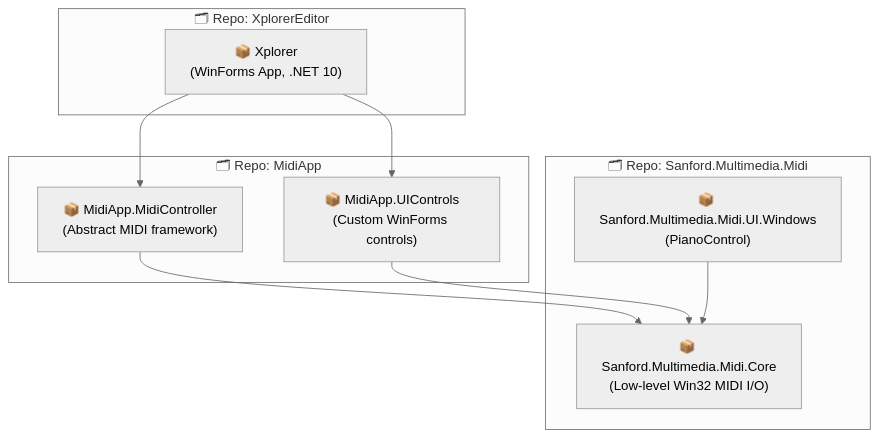
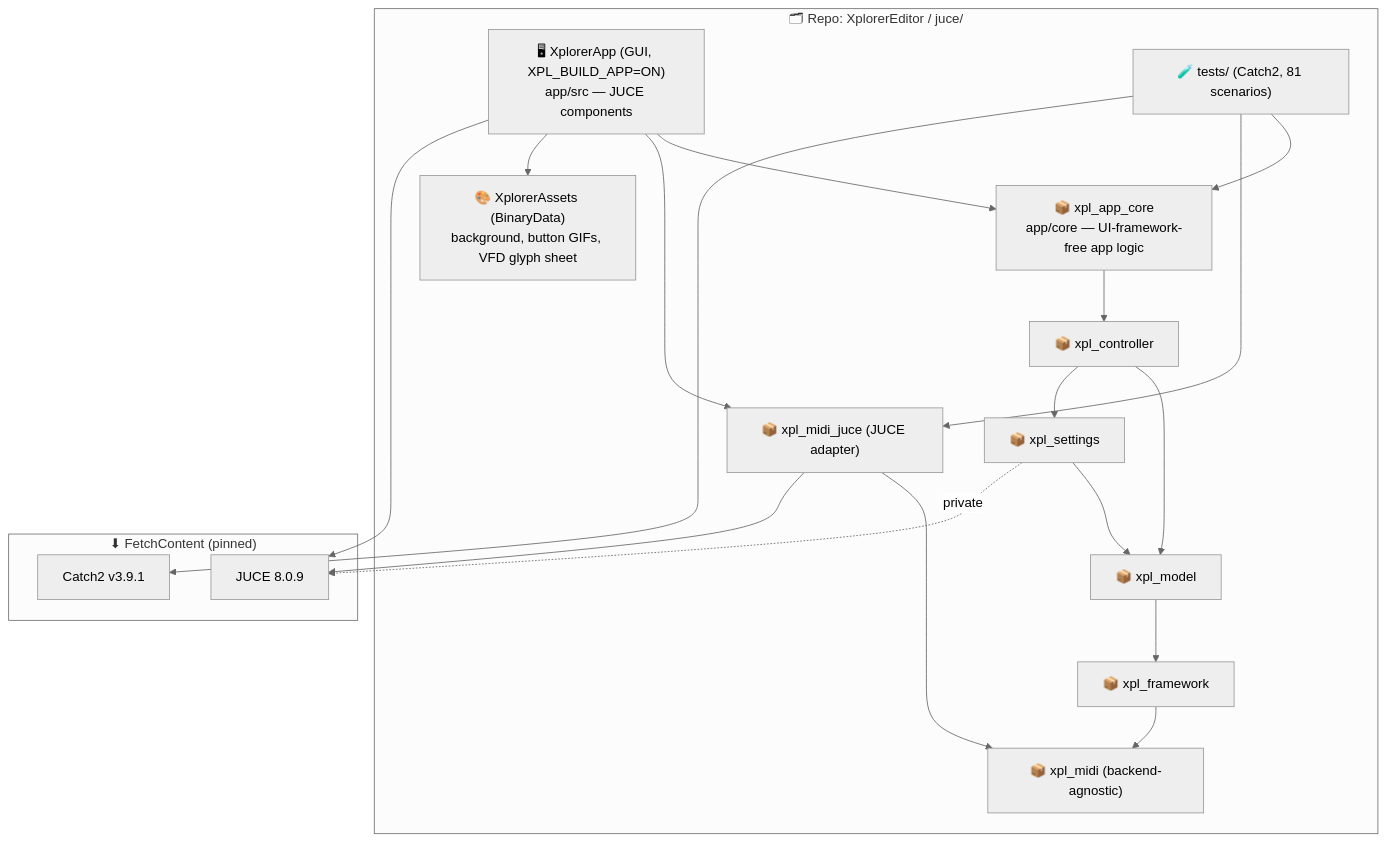
Before and after one commit to xplorer2716/XplorerEditor: the first of 12 diagrams in docs/architecture-analysis.md, drawn with Mermaid (neutral theme). The commit also changed other lines of this file and 203 other files, not shown here.

````diff
--- a/docs/architecture-analysis.md
+++ b/docs/architecture-analysis.md
@@ -14,22 +61,37 @@
 ```mermaid
 graph TD
-    subgraph repo-xplorer ["🗂 Repo: XplorerEditor"]
-        Xplorer["📦 Xplorer\n(WinForms App, .NET 10)"]
+    subgraph repo ["🗂 Repo: XplorerEditor / juce/"]
+        App["🖥 XplorerApp (GUI, XPL_BUILD_APP=ON)\napp/src — JUCE components"]
+        AppCore["📦 xpl_app_core\napp/core — UI-framework-free app logic"]
+        Controller["📦 xpl_controller"]
+        Settings["📦 xpl_settings"]
+        Model["📦 xpl_model"]
+        Framework["📦 xpl_framework"]
+        MidiJuce["📦 xpl_midi_juce (JUCE adapter)"]
+        Midi["📦 xpl_midi (backend-agnostic)"]
+        Assets["🎨 XplorerAssets (BinaryData)\nbackground, button GIFs, VFD glyph sheet"]
+        Tests["🧪 tests/ (Catch2, 81 scenarios)"]
     end
 
-    subgraph repo-midiapp ["🗂 Repo: MidiApp"]
-        MidiController["📦 MidiApp.MidiController\n(Abstract MIDI framework)"]
-        UIControls["📦 MidiApp.UIControls\n(Custom WinForms controls)"]
+    subgraph external ["⬇ FetchContent (pinned)"]
+        JUCE["JUCE 8.0.9"]
+        Catch2["Catch2 v3.9.1"]
     end
 
-    subgraph repo-sanford ["🗂 Repo: Sanford.Multimedia.Midi"]
-        SanfordCore["📦 Sanford.Multimedia.Midi.Core\n(Low-level Win32 MIDI I/O)"]
-        SanfordUI["📦 Sanford.Multimedia.Midi.UI.Windows\n(PianoControl)"]
-    end
-
-    Xplorer --> MidiController
-    Xplorer --> UIControls
-    MidiController --> SanfordCore
-    UIControls --> SanfordCore
-    SanfordUI --> SanfordCore
+    App --> AppCore
+    App --> MidiJuce
+    App --> Assets
+    App --> JUCE
+    AppCore --> Controller
+    Controller --> Model
+    Controller --> Settings
+    Settings --> Model
+    Model --> Framework
+    Framework --> Midi
+    MidiJuce --> Midi
+    MidiJuce --> JUCE
+    Settings -.private.-> JUCE
+    Tests --> AppCore
+    Tests --> MidiJuce
+    Tests --> Catch2
 ```
````
